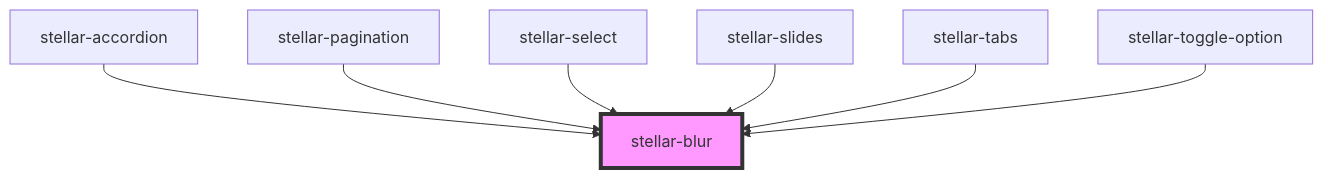
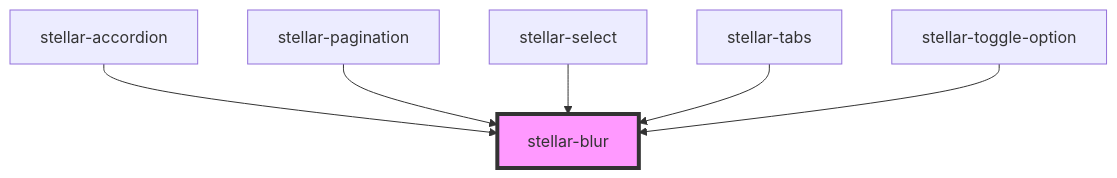
The diagram in src/components/motion/blur/readme.md (splitinfinities/Stellar), drawn with Mermaid before and after one commit. The commit also changed other lines of this file and 25 other files, not shown here.

````diff
--- a/src/components/motion/blur/readme.md
+++ b/src/components/motion/blur/readme.md
@@ -55,10 +54,9 @@
 ```mermaid
 graph TD;
   stellar-accordion --> stellar-blur
   stellar-pagination --> stellar-blur
   stellar-select --> stellar-blur
-  stellar-slides --> stellar-blur
   stellar-tabs --> stellar-blur
   stellar-toggle-option --> stellar-blur
   style stellar-blur fill:#f9f,stroke:#333,stroke-width:4px
 ```
````
